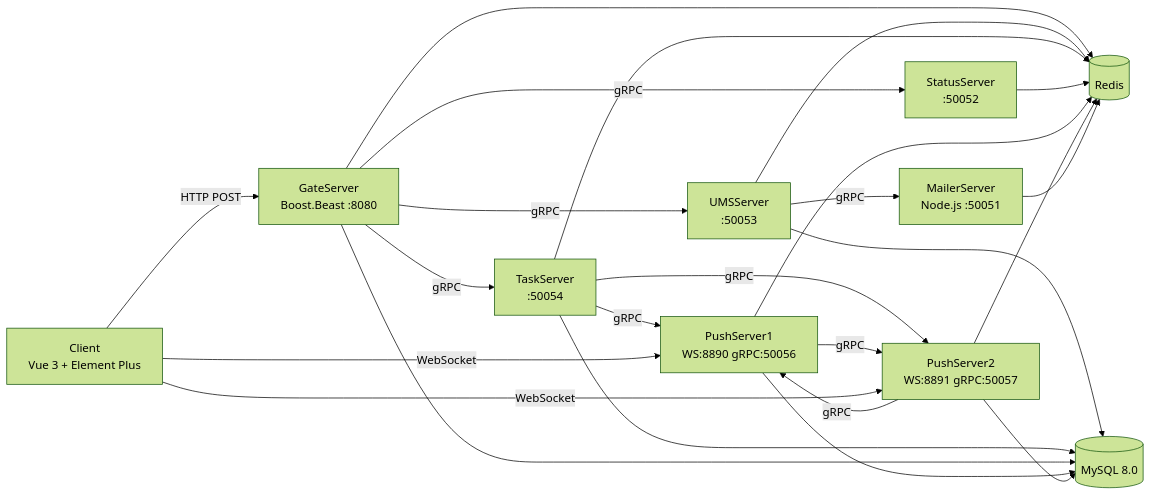
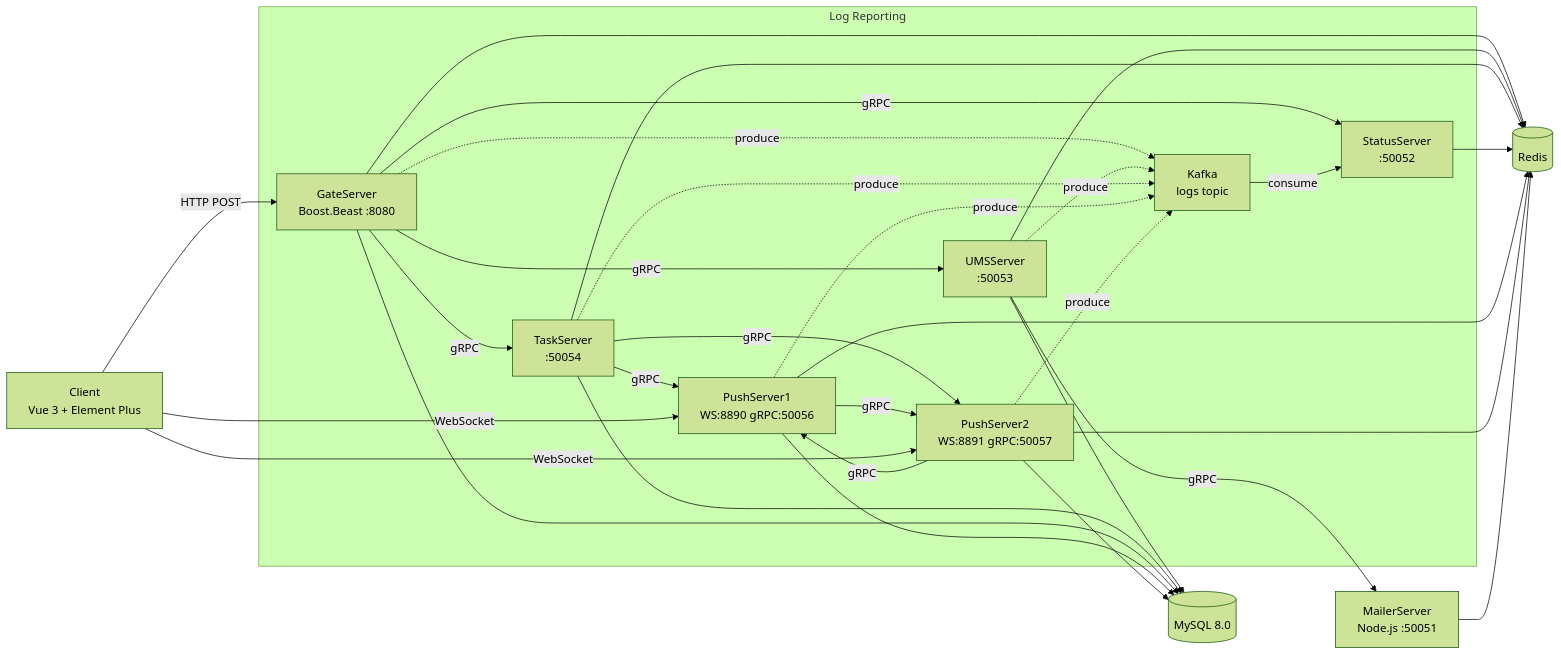
Before and after one commit to KieranGao/OxyTeamTasks: the diagram in README-en.md, drawn with Mermaid (forest theme). The commit also changed other lines of this file and 38 other files, not shown here.

Commit message:
feat: impl kafka for log report for each server, to avoid message loss, enhance server stability

````diff
--- a/README-en.md
+++ b/README-en.md
@@ -173,26 +175,34 @@
 ```mermaid
 graph LR
     C[Client<br/>Vue 3 + Element Plus] -->|HTTP POST| G[GateServer<br/>Boost.Beast :8080]
     G -->|gRPC| U[UMSServer<br/>:50053]
     G -->|gRPC| T[TaskServer<br/>:50054]
     G -->|gRPC| S[StatusServer<br/>:50052]
     U -->|gRPC| M[MailerServer<br/>Node.js :50051]
     T -->|gRPC| P1[PushServer1<br/>WS:8890 gRPC:50056]
     T -->|gRPC| P2[PushServer2<br/>WS:8891 gRPC:50057]
     P1 -->|gRPC| P2
     P2 -->|gRPC| P1
     C -->|WebSocket| P1
     C -->|WebSocket| P2
     U --> DB[(MySQL 8.0)]
     T --> DB
     G --> DB
     P1 --> DB
     P2 --> DB
     G --> R[(Redis)]
     U --> R
     T --> R
     S --> R
     P1 --> R
     P2 --> R
     M --> R
+    subgraph Log Reporting
+        G -.->|produce| K[Kafka<br/>logs topic]
+        U -.->|produce| K
+        T -.->|produce| K
+        P1 -.->|produce| K
+        P2 -.->|produce| K
+        K -->|consume| S
+    end
 ```
````
